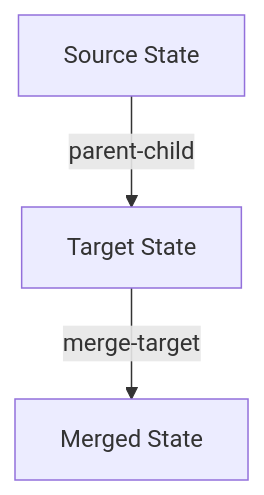
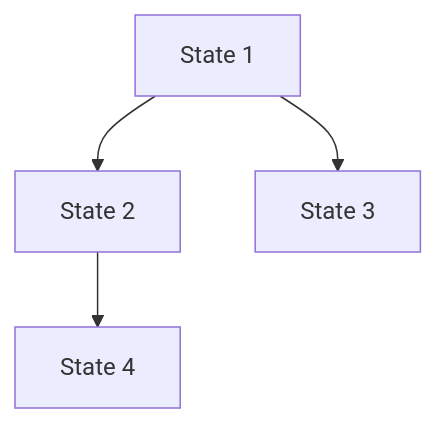
Before and after one commit to mlld-lang/mlld: the first of 2 diagrams in docs/STATEVIS.md, drawn with Mermaid. The commit also changed other lines of this file and 2 other files, not shown here.

````diff
--- a/docs/STATEVIS.md
+++ b/docs/STATEVIS.md
@@ -128,5 +349,6 @@
 ```mermaid
 graph TD
-    A[Source State] -->|parent-child| B[Target State]
-    B -->|merge-target| C[Merged State]
+  A[State 1] --> B[State 2]
+  A --> C[State 3]
+  B --> D[State 4]
 ```
````
